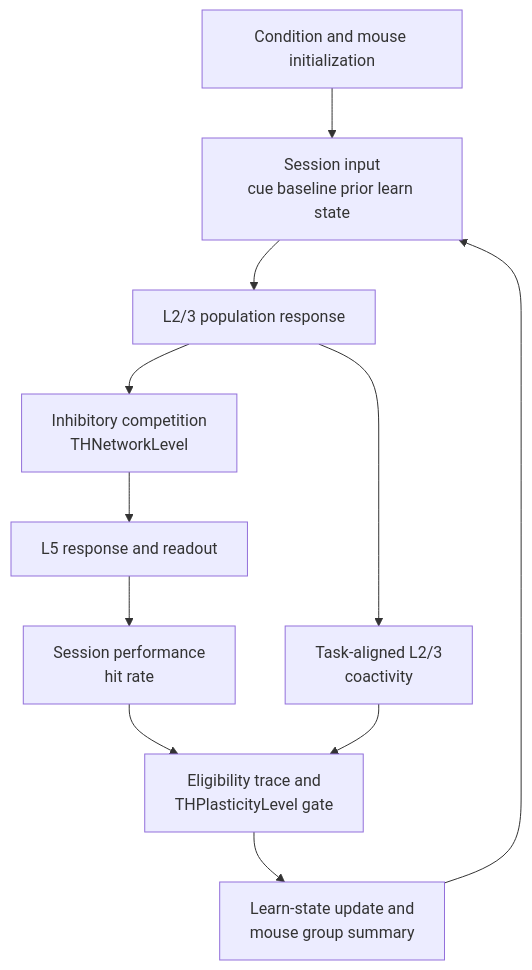
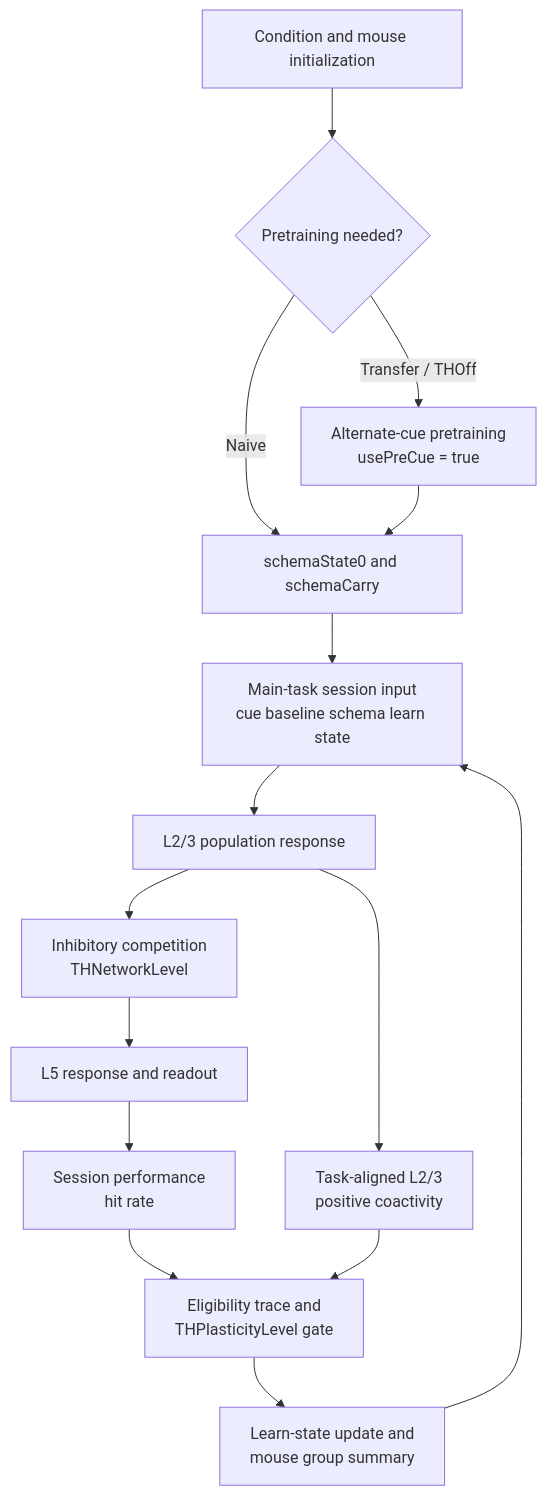
Before and after one commit to ShanghaitechGuanjisongLab/Transfer-learning: the diagram in TH模型架构与计算流程概述.md, drawn with Mermaid. The commit also changed other lines of this file and 2 other files, not shown here.

````diff
--- a/TH模型架构与计算流程概述.md
+++ b/TH模型架构与计算流程概述.md
@@ -172,18 +181,24 @@
 ```mermaid
 flowchart TD
   A[Condition and mouse initialization]
-  B[Session input<br/>cue baseline prior learn state]
-  C[L2/3 population response]
-  D[Inhibitory competition<br/>THNetworkLevel]
-  E[L5 response and readout]
-  F[Session performance<br/>hit rate]
-  G[Task-aligned L2/3<br/>coactivity]
-  H[Eligibility trace and<br/>THPlasticityLevel gate]
-  I[Learn-state update and<br/>mouse group summary]
+  B{Pretraining needed?}
+  C[Alternate-cue pretraining<br/>usePreCue = true]
+  D[schemaState0 and schemaCarry]
+  E[Main-task session input<br/>cue baseline schema learn state]
+  F[L2/3 population response]
+  G[Inhibitory competition<br/>THNetworkLevel]
+  H[L5 response and readout]
+  I[Session performance<br/>hit rate]
+  J[Task-aligned L2/3<br/>positive coactivity]
+  K[Eligibility trace and<br/>THPlasticityLevel gate]
+  L[Learn-state update and<br/>mouse group summary]
 
-  A --> B --> C --> D --> E --> F
-  C --> G
-  F --> H
-  G --> H
-  H --> I --> B
+  A --> B
+  B -->|Naive| D
+  B -->|Transfer / THOff| C --> D
+  D --> E --> F --> G --> H --> I
+  F --> J
+  I --> K
+  J --> K
+  K --> L --> E
 ```
````
